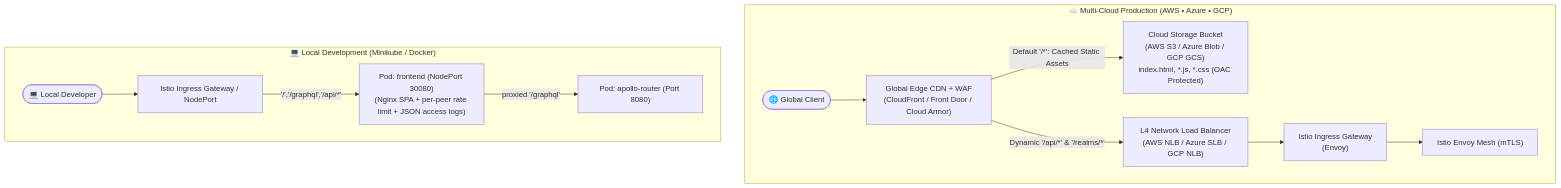
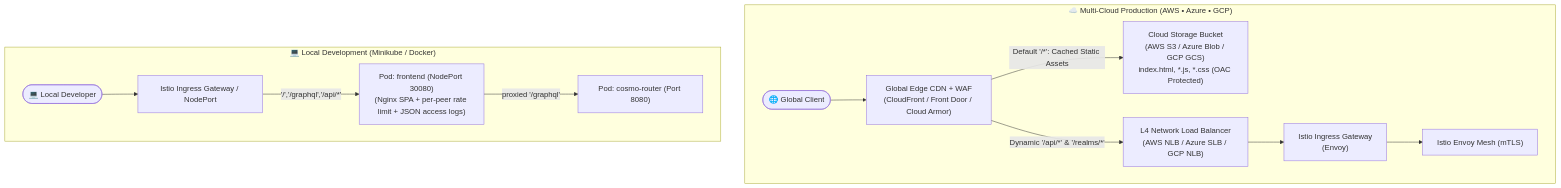
The second of 6 diagrams in docs/ARCHITECTURE.md (GeorgeGxx/microservices-architecture), drawn with Mermaid before and after one commit. The commit also changed other lines of this file and 102 other files, not shown here.

Commit message:
Switch to Cosmo Router

````diff
--- a/docs/ARCHITECTURE.md
+++ b/docs/ARCHITECTURE.md
@@ -208,16 +208,16 @@
 ```mermaid
 flowchart TD
     subgraph CloudModel["☁️ Multi-Cloud Production (AWS • Azure • GCP)"]
         BrowserCloud([🌐 Global Client]) --> CloudCDN["Global Edge CDN + WAF<br/>(CloudFront / Front Door / Cloud Armor)"]
         CloudCDN -->|Default '/*': Cached Static Assets| BucketStorage["Cloud Storage Bucket<br/>(AWS S3 / Azure Blob / GCP GCS)<br/>index.html, *.js, *.css (OAC Protected)"]
         CloudCDN -->|Dynamic '/api/*' & '/realms/*'| CloudNLB["L4 Network Load Balancer<br/>(AWS NLB / Azure SLB / GCP NLB)"]
         CloudNLB --> CloudIngress["Istio Ingress Gateway<br/>(Envoy)"]
         CloudIngress --> CloudMesh["Istio Envoy Mesh (mTLS)"]
     end
 
     subgraph LocalModel["💻 Local Development (Minikube / Docker)"]
         BrowserLocal([💻 Local Developer]) --> LocalIngress["Istio Ingress Gateway / NodePort"]
         LocalIngress -->|'/','/graphql','/api/*'| LocalFE["Pod: frontend (NodePort 30080)<br/>(Nginx SPA + per-peer rate limit + JSON access logs)"]
-        LocalFE -->|proxied '/graphql'| LocalGW["Pod: apollo-router (Port 8080)"]
+        LocalFE -->|proxied '/graphql'| LocalGW["Pod: cosmo-router (Port 8080)"]
     end
 ```
````
